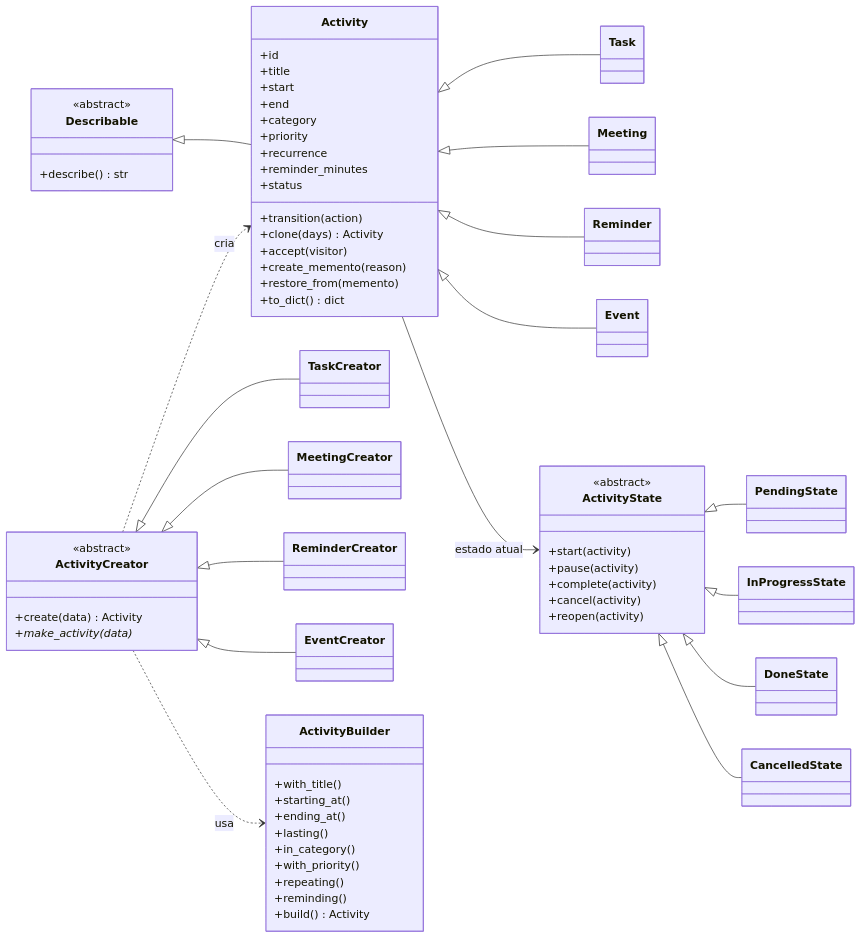
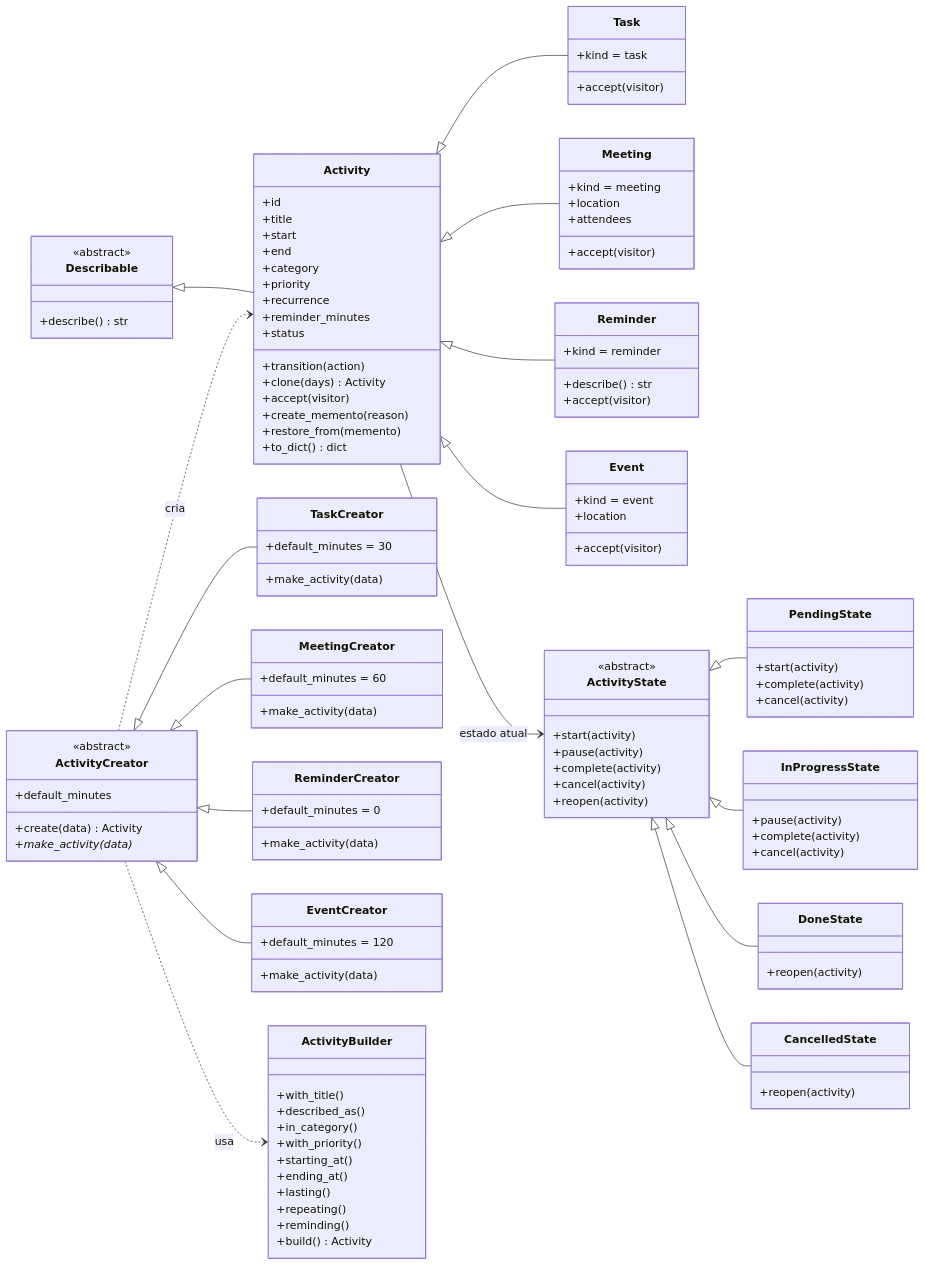
One commit to GiovannyLeone/calendario-atividades-DP-PyQt6 changed the first of 12 diagrams in docs/diagramas.md. Above: the diagram before and after it, drawn with Mermaid. The commit also changed other lines of this file and 21 other files, not shown here.

Commit message:
adicionando novos diagramas

````diff
--- a/docs/diagramas.md
+++ b/docs/diagramas.md
@@ -7,4 +15,9 @@
 ```mermaid
+---
+config:
+  class:
+    hideEmptyMembersBox: true
+---
 classDiagram
     direction LR
     class Describable {
@@ -28,10 +41,26 @@
         +restore_from(memento)
         +to_dict() dict
     }
-    class Task
-    class Meeting
-    class Reminder
-    class Event
+    class Task {
+        +kind = task
+        +accept(visitor)
+    }
+    class Meeting {
+        +kind = meeting
+        +location
+        +attendees
+        +accept(visitor)
+    }
+    class Reminder {
+        +kind = reminder
+        +describe() str
+        +accept(visitor)
+    }
+    class Event {
+        +kind = event
+        +location
+        +accept(visitor)
+    }
     Describable <|-- Activity
     Activity <|-- Task
     Activity <|-- Meeting
@@ -46,6 +75,22 @@
         +cancel(activity)
         +reopen(activity)
     }
+    class PendingState {
+        +start(activity)
+        +complete(activity)
+        +cancel(activity)
+    }
+    class InProgressState {
+        +pause(activity)
+        +complete(activity)
+        +cancel(activity)
+    }
+    class DoneState {
+        +reopen(activity)
+    }
+    class CancelledState {
+        +reopen(activity)
+    }
     ActivityState <|-- PendingState
     ActivityState <|-- InProgressState
     ActivityState <|-- DoneState
@@ -54,8 +99,25 @@
 
     class ActivityCreator {
         <<abstract>>
+        +default_minutes
         +create(data) Activity
         +make_activity(data)*
+    }
+    class TaskCreator {
+        +default_minutes = 30
+        +make_activity(data)
+    }
+    class MeetingCreator {
+        +default_minutes = 60
+        +make_activity(data)
+    }
+    class ReminderCreator {
+        +default_minutes = 0
+        +make_activity(data)
+    }
+    class EventCreator {
+        +default_minutes = 120
+        +make_activity(data)
     }
     ActivityCreator <|-- TaskCreator
     ActivityCreator <|-- MeetingCreator
@@ -63,11 +125,12 @@
     ActivityCreator <|-- EventCreator
     class ActivityBuilder {
         +with_title()
+        +described_as()
+        +in_category()
+        +with_priority()
         +starting_at()
         +ending_at()
         +lasting()
-        +in_category()
-        +with_priority()
         +repeating()
         +reminding()
         +build() Activity
````
